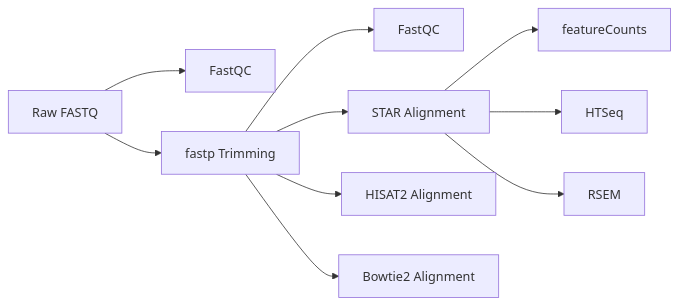
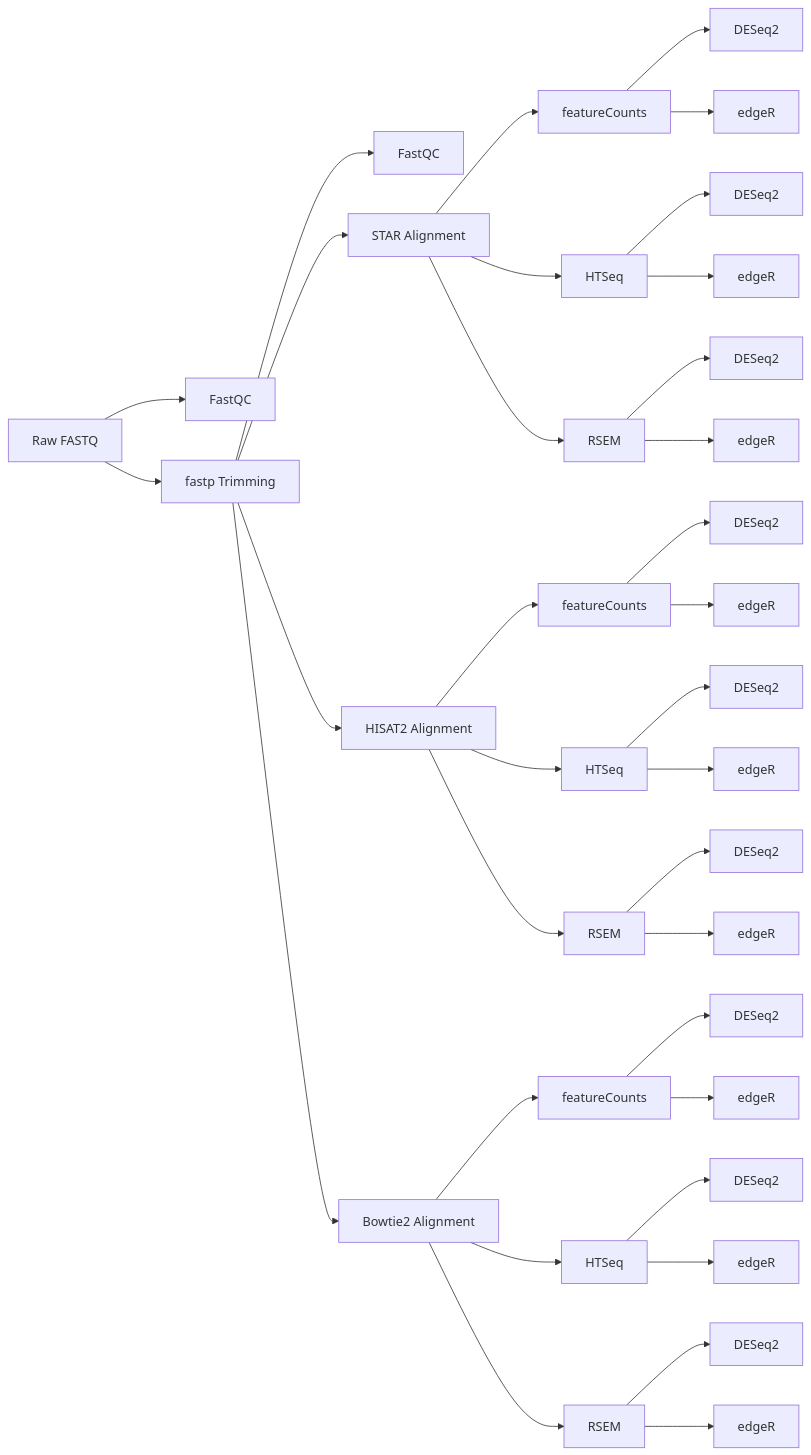
Before and after one commit to bioinfokushwaha/RnaSeqMetaAnalyst: the diagram in README.md, drawn with Mermaid. The commit also changed other lines of this file, not shown here.

Commit message:
Refactor README for improved formatting and clarity
Updated formatting and headings in the README file.

````diff
--- a/README.md
+++ b/README.md
@@ -215,12 +215,53 @@
 ```mermaid
 graph LR
+
     A[Raw FASTQ] --> B[FastQC]
     A --> C[fastp Trimming]
     C --> D[FastQC]
+
+    %% Alignment
     C --> E[STAR Alignment]
     C --> F[HISAT2 Alignment]
     C --> G[Bowtie2 Alignment]
+
+    %% Quantification
     E --> H[featureCounts]
     E --> I[HTSeq]
     E --> J[RSEM]
+
+    F --> K[featureCounts]
+    F --> L[HTSeq]
+    F --> M[RSEM]
+
+    G --> N[featureCounts]
+    G --> O[HTSeq]
+    G --> P[RSEM]
+
+    %% Differential Expression
+    H --> Q[DESeq2]
+    H --> R[edgeR]
+
+    I --> S[DESeq2]
+    I --> T[edgeR]
+
+    J --> U[DESeq2]
+    J --> V[edgeR]
+
+    K --> W[DESeq2]
+    K --> X[edgeR]
+
+    L --> Y[DESeq2]
+    L --> Z[edgeR]
+
+    M --> AA[DESeq2]
+    M --> AB[edgeR]
+
+    N --> AC[DESeq2]
+    N --> AD[edgeR]
+
+    O --> AE[DESeq2]
+    O --> AF[edgeR]
+
+    P --> AG[DESeq2]
+    P --> AH[edgeR]
 ```
````
